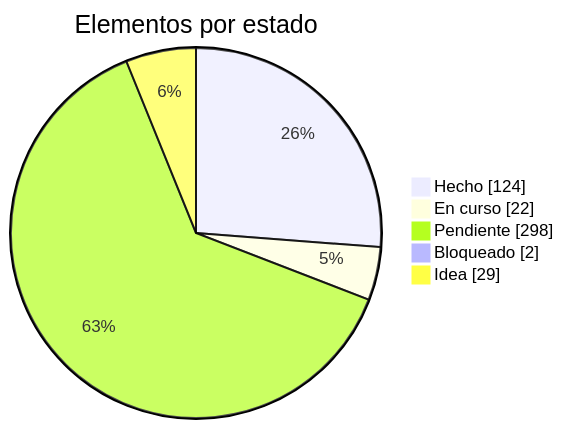
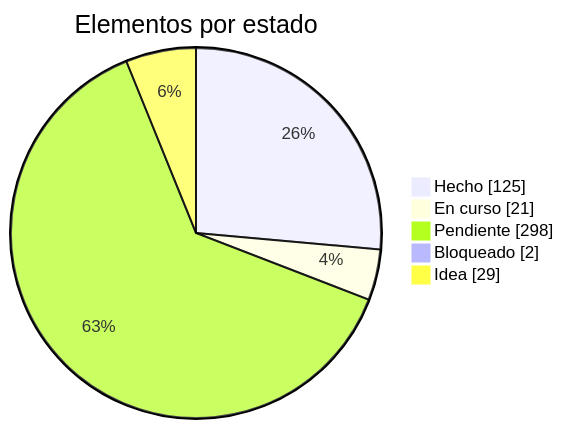
The first of 2 diagrams in docs/roadmap.md (dariogea/BM27), drawn with Mermaid before and after one commit. The commit also changed other lines of this file and 8 other files, not shown here.

````diff
--- a/docs/roadmap.md
+++ b/docs/roadmap.md
@@ -13,8 +13,8 @@
 ```mermaid
 pie showData title Elementos por estado
-  "Hecho" : 124
-  "En curso" : 22
+  "Hecho" : 125
+  "En curso" : 21
   "Pendiente" : 298
   "Bloqueado" : 2
   "Idea" : 29
 ```
````
